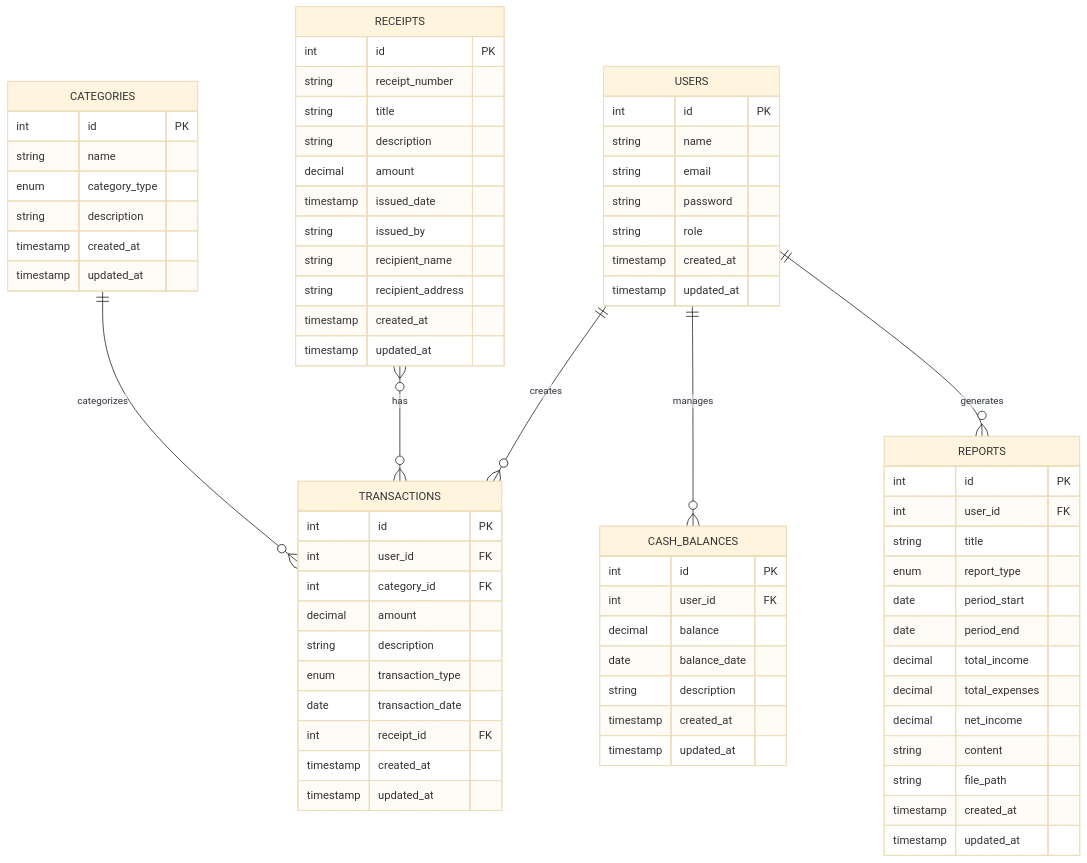
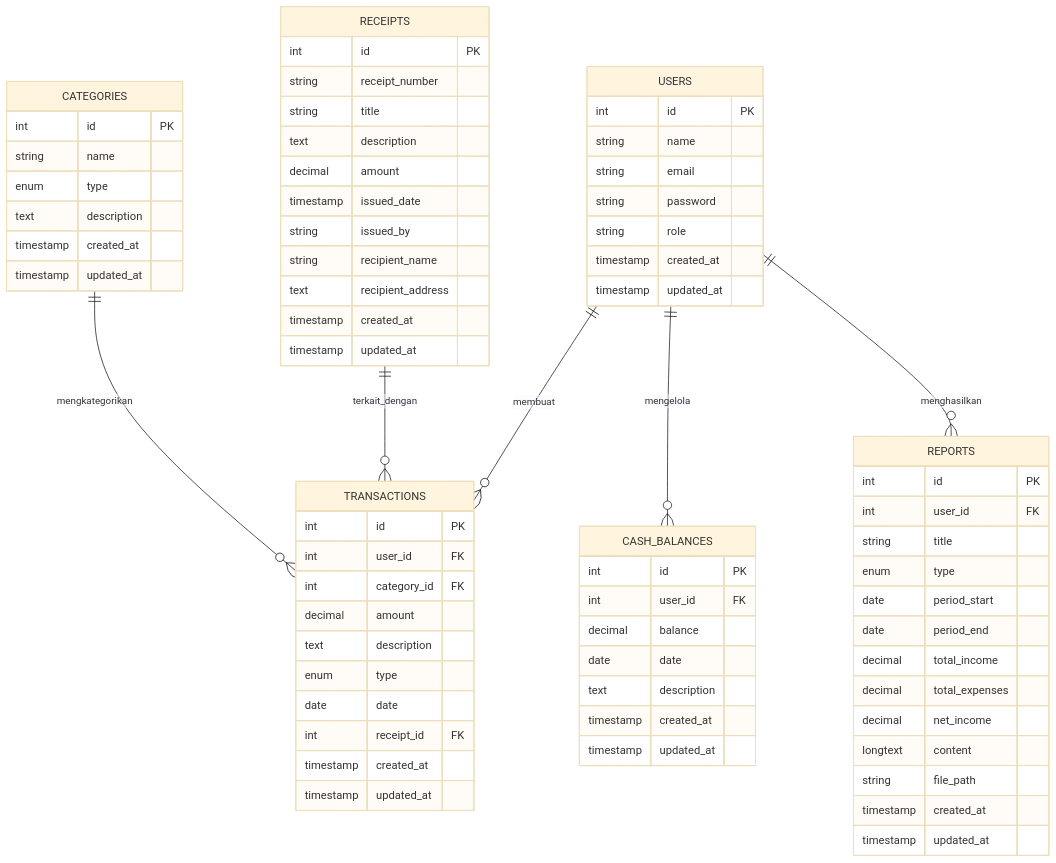
The diagram in README.md (jabiralawfaa/Sistem-informasi-keuangan-Kel5), drawn with Mermaid (base theme) before and after one commit. The commit also changed other lines of this file, not shown here.

````diff
--- a/README.md
+++ b/README.md
@@ -65,80 +65,80 @@
 ```mermaid
 erDiagram
     USERS {
         int id PK
         string name
         string email
         string password
         string role
         timestamp created_at
         timestamp updated_at
     }
     
     CATEGORIES {
         int id PK
         string name
-        enum category_type
-        string description
+        enum type
+        text description
         timestamp created_at
         timestamp updated_at
     }
     
     TRANSACTIONS {
         int id PK
         int user_id FK
         int category_id FK
         decimal amount
-        string description
-        enum transaction_type
-        date transaction_date
+        text description
+        enum type
+        date date
         int receipt_id FK
         timestamp created_at
         timestamp updated_at
     }
     
     RECEIPTS {
         int id PK
         string receipt_number
         string title
-        string description
+        text description
         decimal amount
         timestamp issued_date
         string issued_by
         string recipient_name
-        string recipient_address
+        text recipient_address
         timestamp created_at
         timestamp updated_at
     }
     
     CASH_BALANCES {
         int id PK
         int user_id FK
         decimal balance
-        date balance_date
-        string description
+        date date
+        text description
         timestamp created_at
         timestamp updated_at
     }
     
     REPORTS {
         int id PK
         int user_id FK
         string title
-        enum report_type
+        enum type
         date period_start
         date period_end
         decimal total_income
         decimal total_expenses
         decimal net_income
-        string content
+        longtext content
         string file_path
         timestamp created_at
         timestamp updated_at
     }
 
-    USERS ||--o{ TRANSACTIONS : "creates"
-    USERS ||--o{ CASH_BALANCES : "manages"
-    USERS ||--o{ REPORTS : "generates"
-    CATEGORIES ||--o{ TRANSACTIONS : "categorizes"
-    RECEIPTS }o--o{ TRANSACTIONS : "has"
+    USERS ||--o{ TRANSACTIONS : membuat
+    USERS ||--o{ CASH_BALANCES : mengelola
+    USERS ||--o{ REPORTS : menghasilkan
+    CATEGORIES ||--o{ TRANSACTIONS : mengkategorikan
+    RECEIPTS ||--o{ TRANSACTIONS : terkait_dengan
 ```
````
